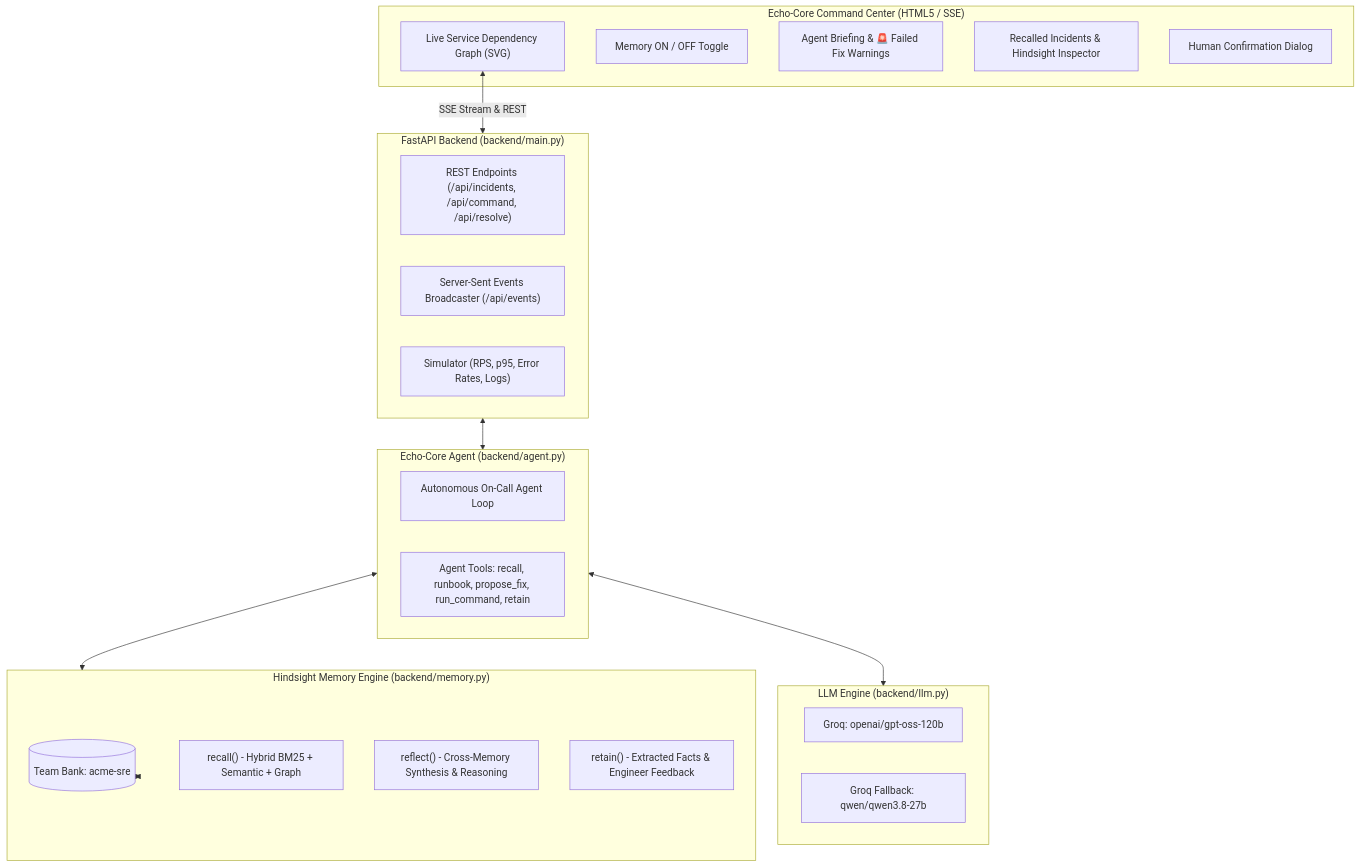
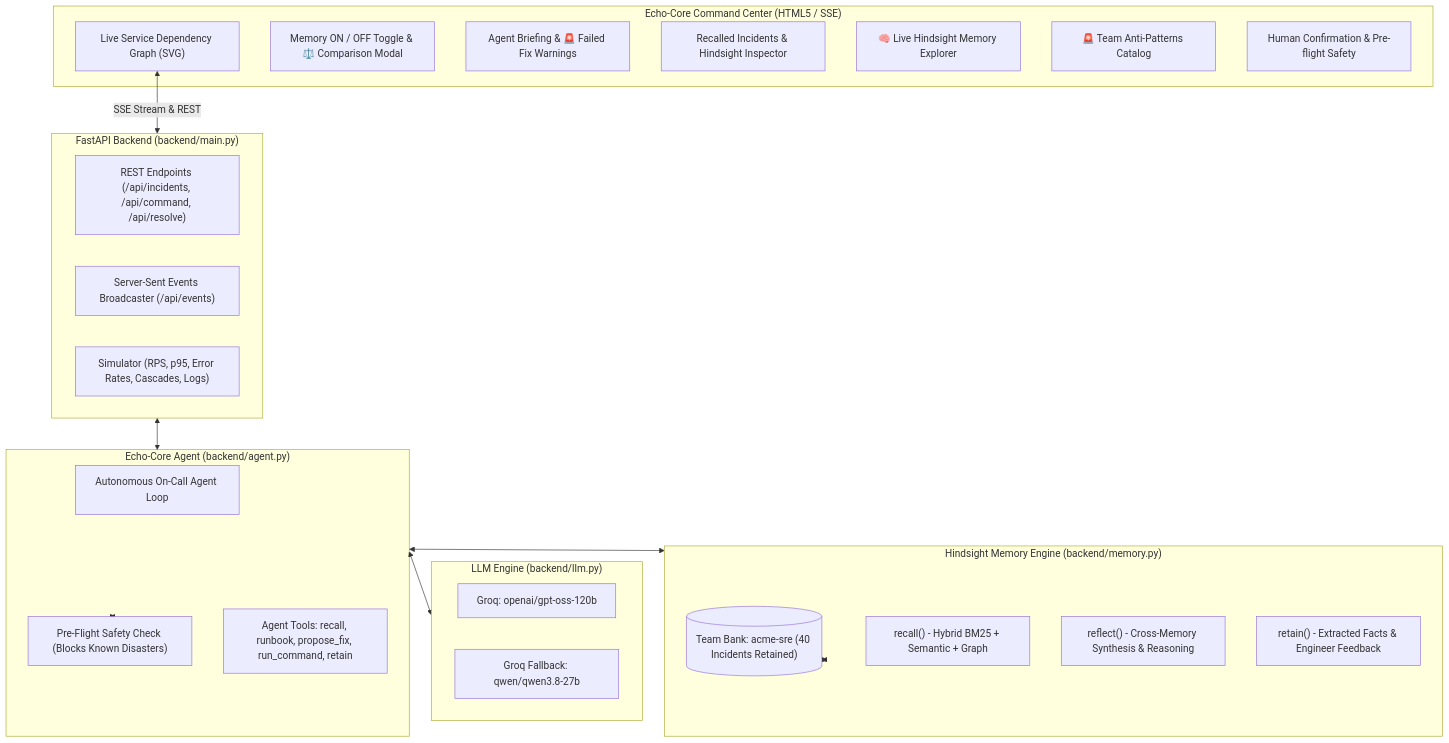
One commit to shresthasrii/Echo-Core changed the diagram in README.md. Above: the diagram before and after it, drawn with Mermaid. The commit also changed other lines of this file, not shown here.

Commit message:
docs: update README with Part 2 features, memory explorer, and cascade failure walkthrough

````diff
--- a/README.md
+++ b/README.md
@@ -18,39 +18,43 @@
 ```mermaid
 flowchart TD
     subgraph UI["Echo-Core Command Center (HTML5 / SSE)"]
         UI_Dash["Live Service Dependency Graph (SVG)"]
-        UI_Toggle["Memory ON / OFF Toggle"]
+        UI_Toggle["Memory ON / OFF Toggle & ⚖️ Comparison Modal"]
         UI_Brief["Agent Briefing & 🚨 Failed Fix Warnings"]
         UI_MemView["Recalled Incidents & Hindsight Inspector"]
-        UI_Modal["Human Confirmation Dialog"]
+        UI_MemExp["🧠 Live Hindsight Memory Explorer"]
+        UI_AntiPat["🚨 Team Anti-Patterns Catalog"]
+        UI_Modal["Human Confirmation & Pre-flight Safety"]
     end
 
     subgraph Backend["FastAPI Backend (backend/main.py)"]
         REST["REST Endpoints (/api/incidents, /api/command, /api/resolve)"]
         SSE["Server-Sent Events Broadcaster (/api/events)"]
-        Sim["Simulator (RPS, p95, Error Rates, Logs)"]
+        Sim["Simulator (RPS, p95, Error Rates, Cascades, Logs)"]
     end
 
     subgraph Agent["Echo-Core Agent (backend/agent.py)"]
         AgentLoop["Autonomous On-Call Agent Loop"]
+        Safety["Pre-Flight Safety Check (Blocks Known Disasters)"]
         Tools["Agent Tools: recall, runbook, propose_fix, run_command, retain"]
     end
 
     subgraph LLM["LLM Engine (backend/llm.py)"]
         GroqPrimary["Groq: openai/gpt-oss-120b"]
         GroqFallback["Groq Fallback: qwen/qwen3.8-27b"]
     end
 
     subgraph Memory["Hindsight Memory Engine (backend/memory.py)"]
-        H_Bank[("Team Bank: acme-sre")]
+        H_Bank[("Team Bank: acme-sre (40 Incidents Retained)")]
         H_Recall["recall() - Hybrid BM25 + Semantic + Graph"]
         H_Reflect["reflect() - Cross-Memory Synthesis & Reasoning"]
         H_Retain["retain() - Extracted Facts & Engineer Feedback"]
     end
 
     UI_Dash <-->|SSE Stream & REST| Backend
     Backend <--> Agent
+    Agent <--> Safety
     Agent <--> LLM
     Agent <--> Memory
     Memory <--> H_Bank
 ```
````
